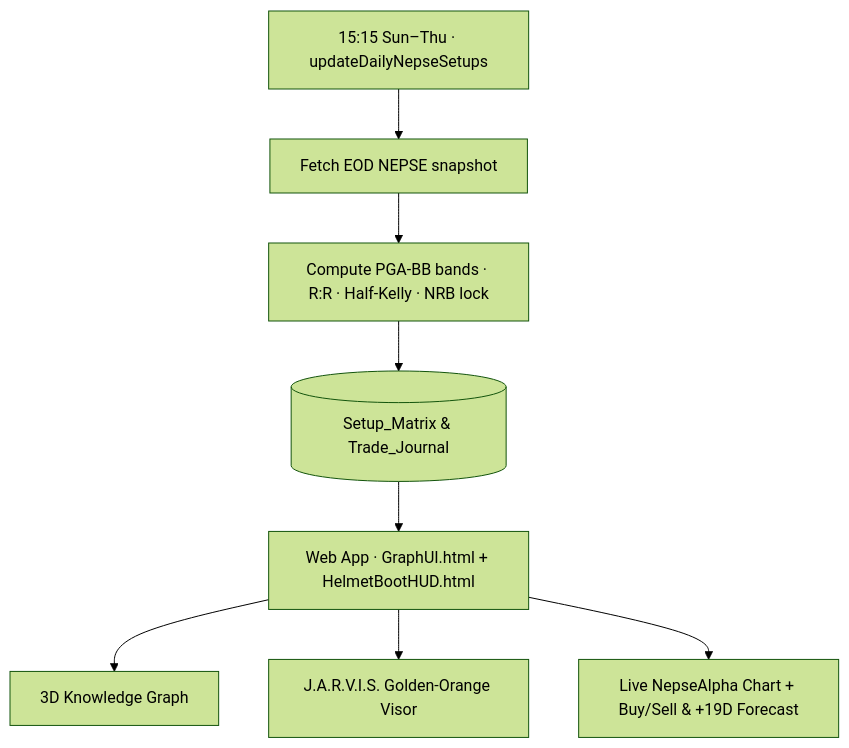
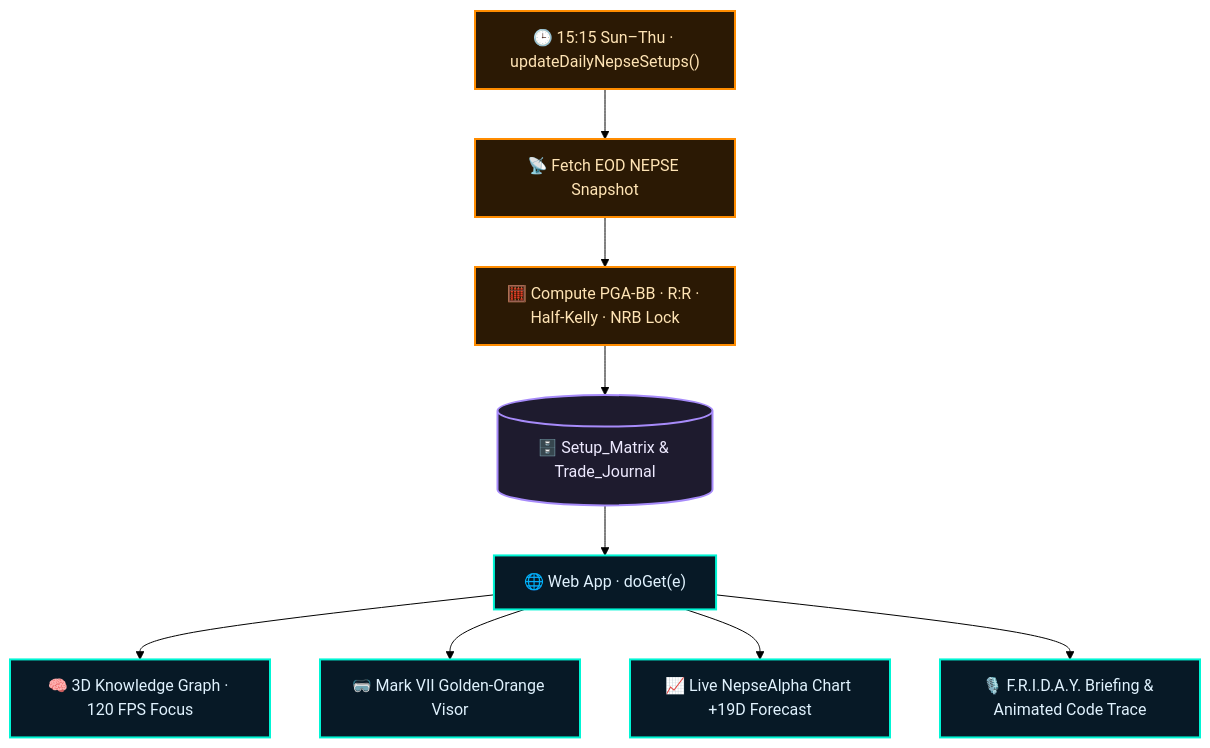
The diagram in README.md (Rajubahardar/nepse-sentinel-hud), drawn with Mermaid (forest theme) before and after one commit. The commit also changed other lines of this file, not shown here.

First line of the commit message:
Revise README for NEPSE Sentinel project

````diff
--- a/README.md
+++ b/README.md
@@ -38,10 +57,15 @@
 ```mermaid
 flowchart TD
-    A[15:15 Sun–Thu · updateDailyNepseSetups] --> B[Fetch EOD NEPSE snapshot]
-    B --> C[Compute PGA-BB bands · R:R · Half-Kelly · NRB lock]
-    C --> D[(Setup_Matrix & Trade_Journal)]
-    D --> E[Web App · GraphUI.html + HelmetBootHUD.html]
-    E --> F[3D Knowledge Graph]
-    E --> G[J.A.R.V.I.S. Golden-Orange Visor]
-    E --> H[Live NepseAlpha Chart + Buy/Sell & +19D Forecast]
+    classDef trigger fill:#2b1904,stroke:#ff8c00,stroke-width:2px,color:#ffe4b5
+    classDef sheet fill:#1e1b2e,stroke:#a78bfa,stroke-width:2px,color:#ede9fe
+    classDef ui fill:#071926,stroke:#00f5d4,stroke-width:2px,color:#e0f2fe
+
+    A["🕒 15:15 Sun–Thu · updateDailyNepseSetups()"]:::trigger --> B["📡 Fetch EOD NEPSE Snapshot"]:::trigger
+    B --> C["🧮 Compute PGA-BB · R:R · Half-Kelly · NRB Lock"]:::trigger
+    C --> D[("🗄️ Setup_Matrix & Trade_Journal")]:::sheet
+    D --> E["🌐 Web App · doGet(e)"]:::ui
+    E --> F["🧠 3D Knowledge Graph · 120 FPS Focus"]:::ui
+    E --> G["🥽 Mark VII Golden-Orange Visor"]:::ui
+    E --> H["📈 Live NepseAlpha Chart +19D Forecast"]:::ui
+    E --> I["🎙️ F.R.I.D.A.Y. Briefing & Animated Code Trace"]:::ui
 ```
````
